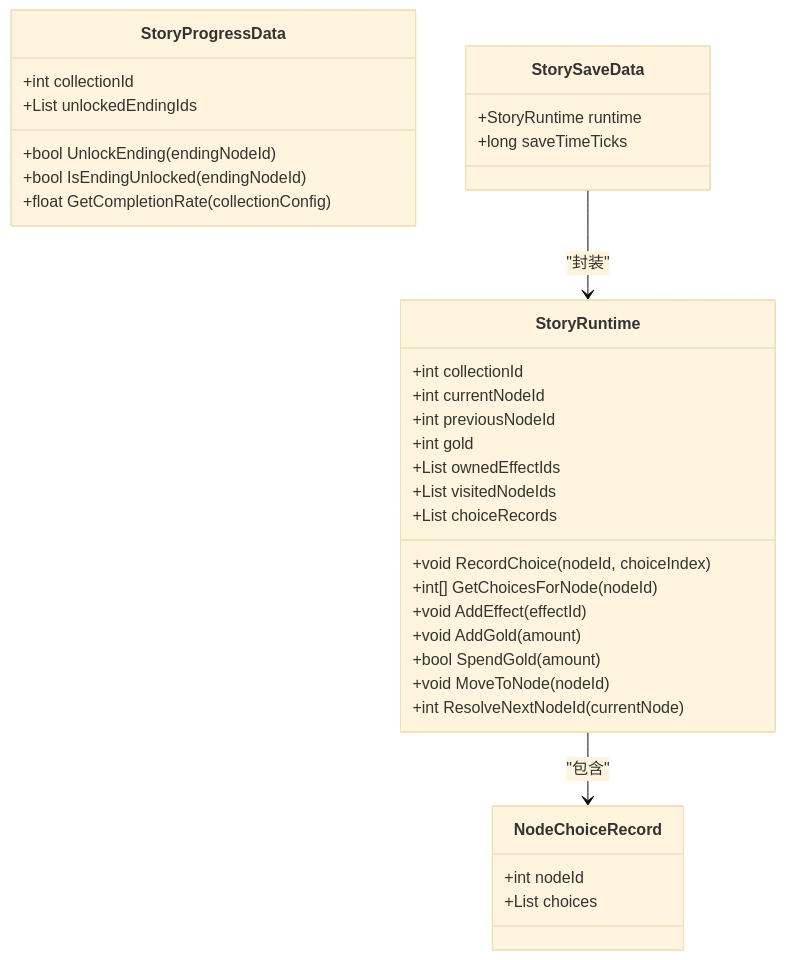
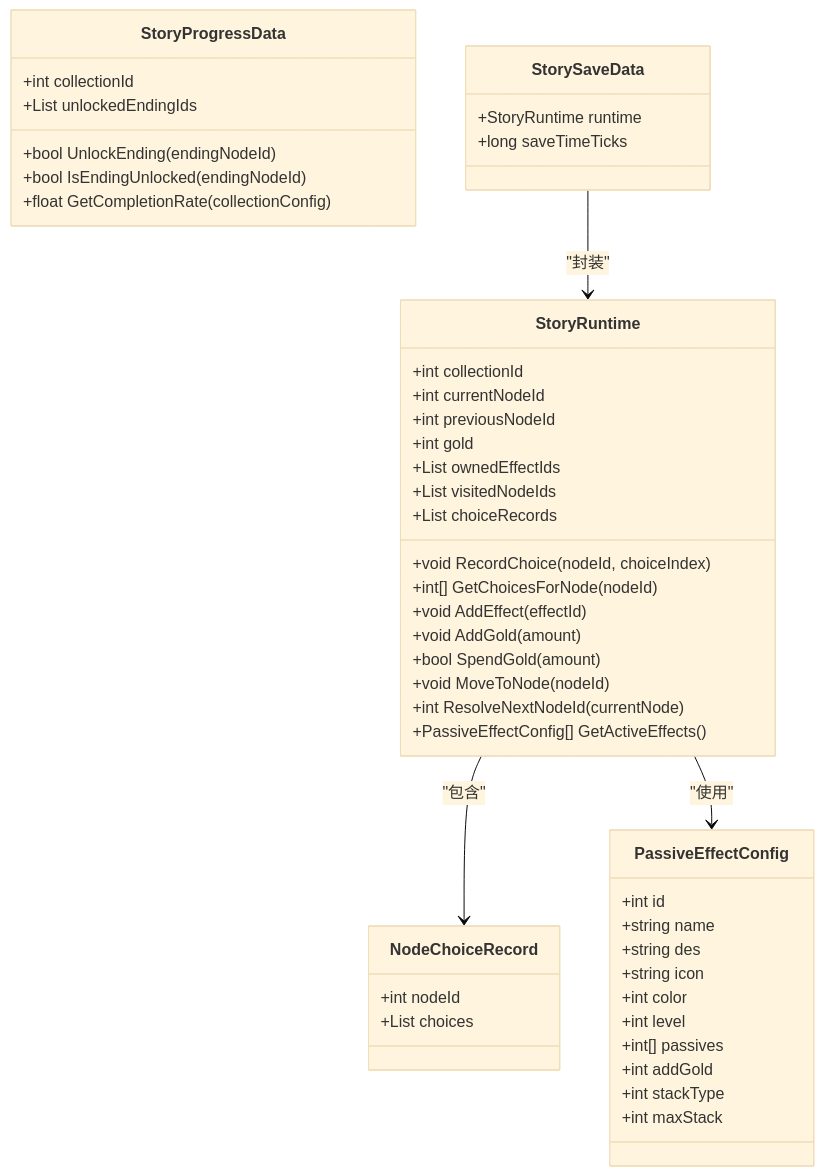
The third of 7 diagrams in .qoder/repowiki/zh/content/故事剧情系统/故事运行时系统.md (Tuusen/p1_client), drawn with Mermaid (base theme) before and after one commit. The commit also changed other lines of this file and 6 other files, not shown here.

````diff
--- a/.qoder/repowiki/zh/content/故事剧情系统/故事运行时系统.md
+++ b/.qoder/repowiki/zh/content/故事剧情系统/故事运行时系统.md
@@ -148,36 +163,50 @@
 ```mermaid
 classDiagram
 class StoryRuntime {
 +int collectionId
 +int currentNodeId
 +int previousNodeId
 +int gold
 +List<int> ownedEffectIds
 +List<int> visitedNodeIds
 +List<NodeChoiceRecord> choiceRecords
 +void RecordChoice(nodeId, choiceIndex)
 +int[] GetChoicesForNode(nodeId)
 +void AddEffect(effectId)
 +void AddGold(amount)
 +bool SpendGold(amount)
 +void MoveToNode(nodeId)
 +int ResolveNextNodeId(currentNode)
++PassiveEffectConfig[] GetActiveEffects()
 }
 class NodeChoiceRecord {
 +int nodeId
 +List<int> choices
 }
 class StoryProgressData {
 +int collectionId
 +List<int> unlockedEndingIds
 +bool UnlockEnding(endingNodeId)
 +bool IsEndingUnlocked(endingNodeId)
 +float GetCompletionRate(collectionConfig)
 }
 class StorySaveData {
 +StoryRuntime runtime
 +long saveTimeTicks
 }
+class PassiveEffectConfig {
++int id
++string name
++string des
++string icon
++int color
++int level
++int[] passives
++int addGold
++int stackType
++int maxStack
+}
 StoryRuntime --> NodeChoiceRecord : "包含"
+StoryRuntime --> PassiveEffectConfig : "使用"
 StorySaveData --> StoryRuntime : "封装"
 ```
````
